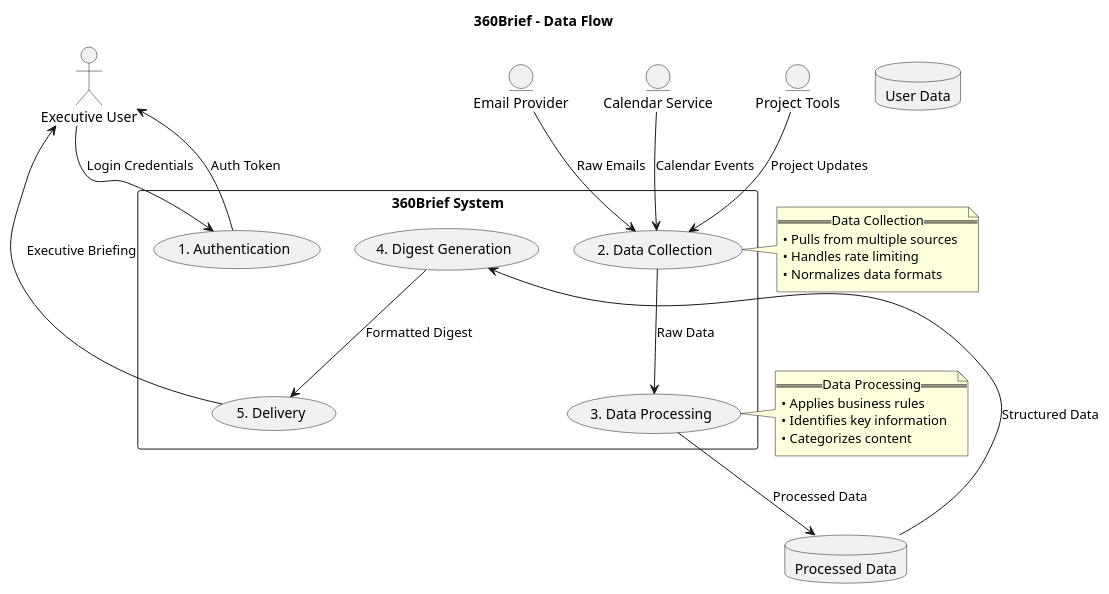
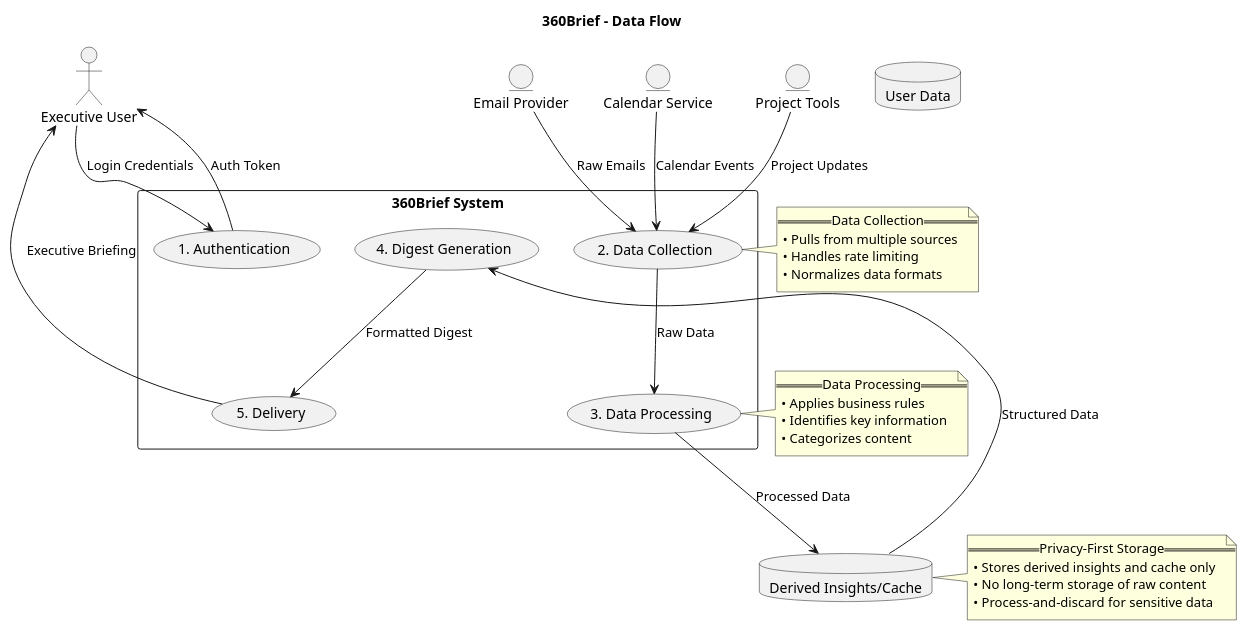
Before and after one commit to ask-andrew/360brief: the diagram in docs/architecture/data_flow_diagram.puml, drawn with PlantUML. The commit also changed 3 other files, not shown here.

Commit message:
content(home): add relatable story section and signup link; update architecture diagrams

```diff
--- a/docs/architecture/data_flow_diagram.puml
+++ b/docs/architecture/data_flow_diagram.puml
@@ -1,56 +1,63 @@
 @startuml 360Brief - Data Flow Diagram
 
 title 360Brief - Data Flow
 
 top to bottom direction
 
 ' Define external entities
 actor "Executive User" as user
 entity "Email Provider" as email
 entity "Calendar Service" as calendar
 entity "Project Tools" as tools
 
 ' Define processes
 rectangle "360Brief System" {
     (1. Authentication) as auth
     (2. Data Collection) as collect
     (3. Data Processing) as process
     (4. Digest Generation) as generate
     (5. Delivery) as deliver
 }
 
 ' Define data stores
 database "User Data" as user_db
-database "Processed Data" as data_db
+database "Derived Insights/Cache" as data_db
 
 ' Define data flows
 user --> auth : Login Credentials
 user <-- auth : Auth Token
 
 email --> collect : Raw Emails
 calendar --> collect : Calendar Events
 tools --> collect : Project Updates
 
 collect --> process : Raw Data
 process --> data_db : Processed Data
 data_db --> generate : Structured Data
 
 generate --> deliver : Formatted Digest
 deliver --> user : Executive Briefing
 
 ' Add notes
 note right of collect
   == Data Collection ==
   • Pulls from multiple sources
   • Handles rate limiting
   • Normalizes data formats
 end note
 
 note right of process
   == Data Processing ==
   • Applies business rules
   • Identifies key information
   • Categorizes content
 end note
 
+note right of data_db
+  == Privacy-First Storage ==
+  • Stores derived insights and cache only
+  • No long-term storage of raw content
+  • Process-and-discard for sensitive data
+end note
+
 @enduml
```
